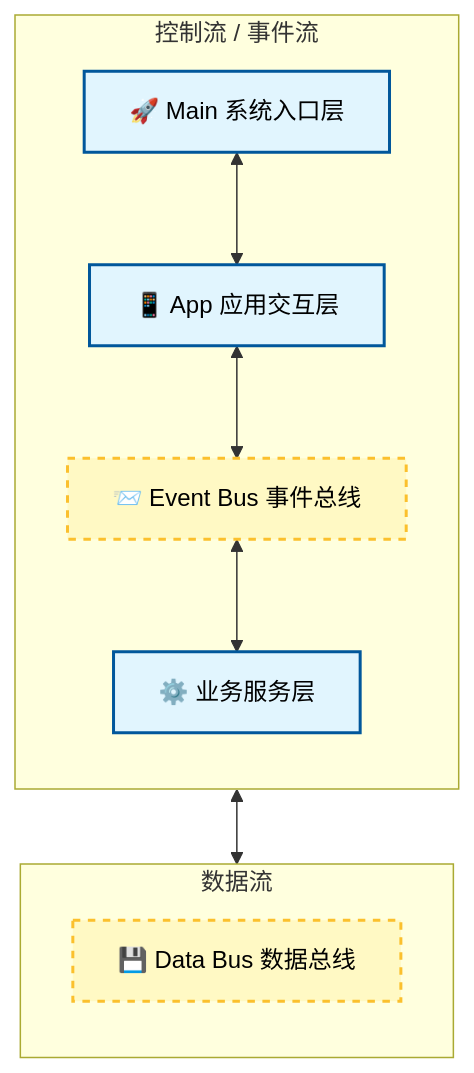
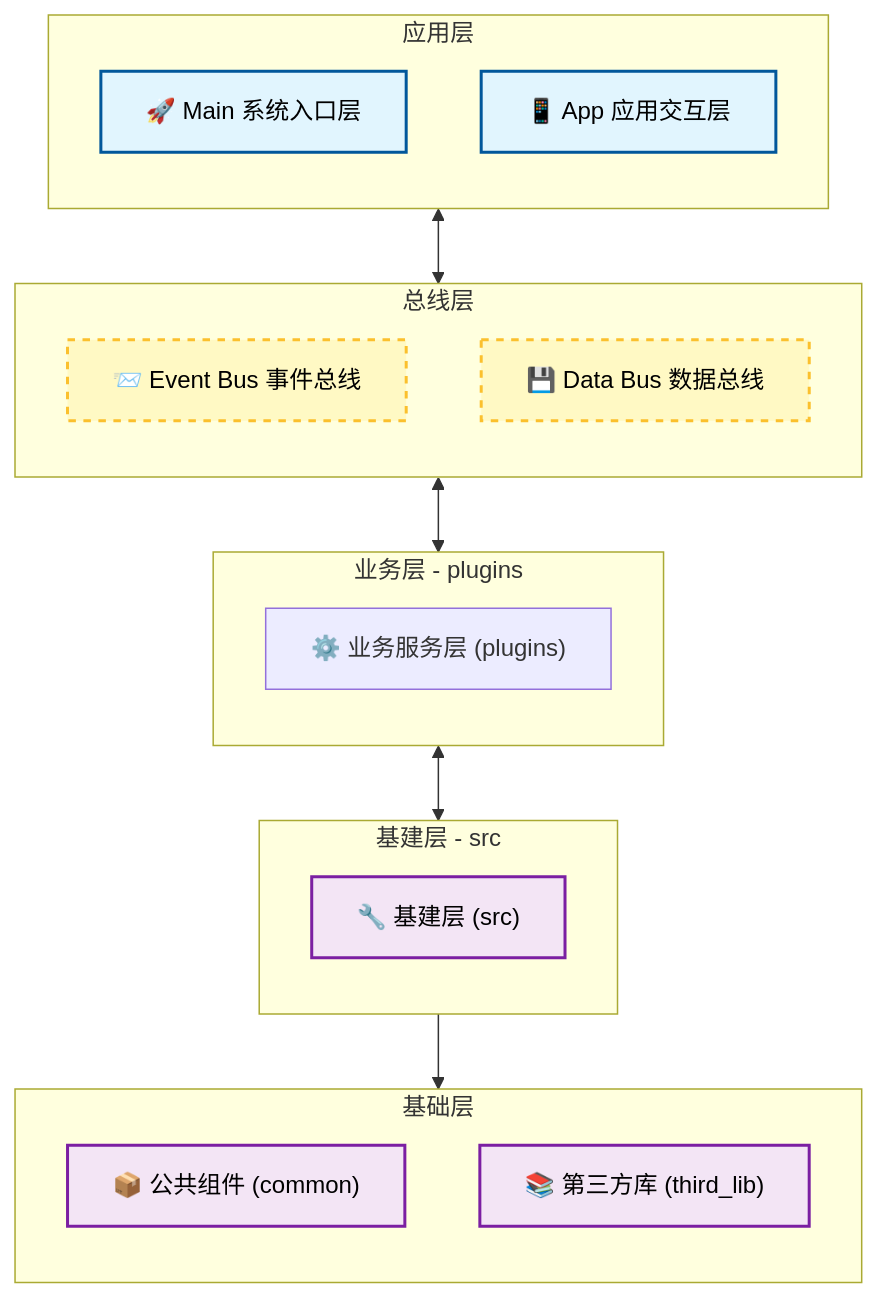
The diagram in docs/architecture.md (zhihong1469/plug-lens), drawn with Mermaid before and after one commit. The commit also changed other lines of this file and 8 other files, not shown here.

````diff
--- a/docs/architecture.md
+++ b/docs/architecture.md
@@ -3,30 +20,57 @@
 ```mermaid
 flowchart TD
     %% 1. 定义样式
     classDef layer fill:#e1f5fe,stroke:#01579b,stroke-width:2px,color:#000;
     classDef bus fill:#fff9c4,stroke:#fbc02d,stroke-width:2px,color:#000,stroke-dasharray: 5 5;
+    classDef core fill:#f3e5f5,stroke:#7b1fa2,stroke-width:2px,color:#000;
 
     %% 2. 定义节点
     A["🚀 Main 系统入口层"]
     B["📱 App 应用交互层"]
     C["📨 Event Bus 事件总线"]
-    Z["⚙️ 业务服务层"]
+    Z["⚙️ 业务服务层 (plugins)"]
     D["💾 Data Bus 数据总线"]
+    E["🔧 基建层 (src)"]
+    F["📦 公共组件 (common)"]
+    G["📚 第三方库 (third_lib)"]
 
     %% 3. 定义子图（逻辑分组）
-    subgraph Control_Flow [控制流 / 事件流]
+    subgraph Application [应用层]
         direction TB
-        A <--> B
-        B <--> C
-        C <--> Z
+        A
+        B
     end
 
-    subgraph Data_Flow [数据流]
+    subgraph Business [业务层 - plugins]
         direction TB
-        Z <--> D
+        Z
     end
 
-    %% 4. 应用样式
-    class A,B,Z layer;
+    subgraph Infrastructure [基建层 - src]
+        direction TB
+        E
+    end
+
+    subgraph Foundation [基础层]
+        direction TB
+        F
+        G
+    end
+
+    subgraph Bus [总线层]
+        direction TB
+        C
+        D
+    end
+
+    %% 4. 连接关系
+    Application <--> Bus
+    Bus <--> Business
+    Business <--> Infrastructure
+    Infrastructure --> Foundation
+
+    %% 5. 应用样式
+    class A,B layer;
     class C,D bus;
+    class E,F,G core;
 ```
````
